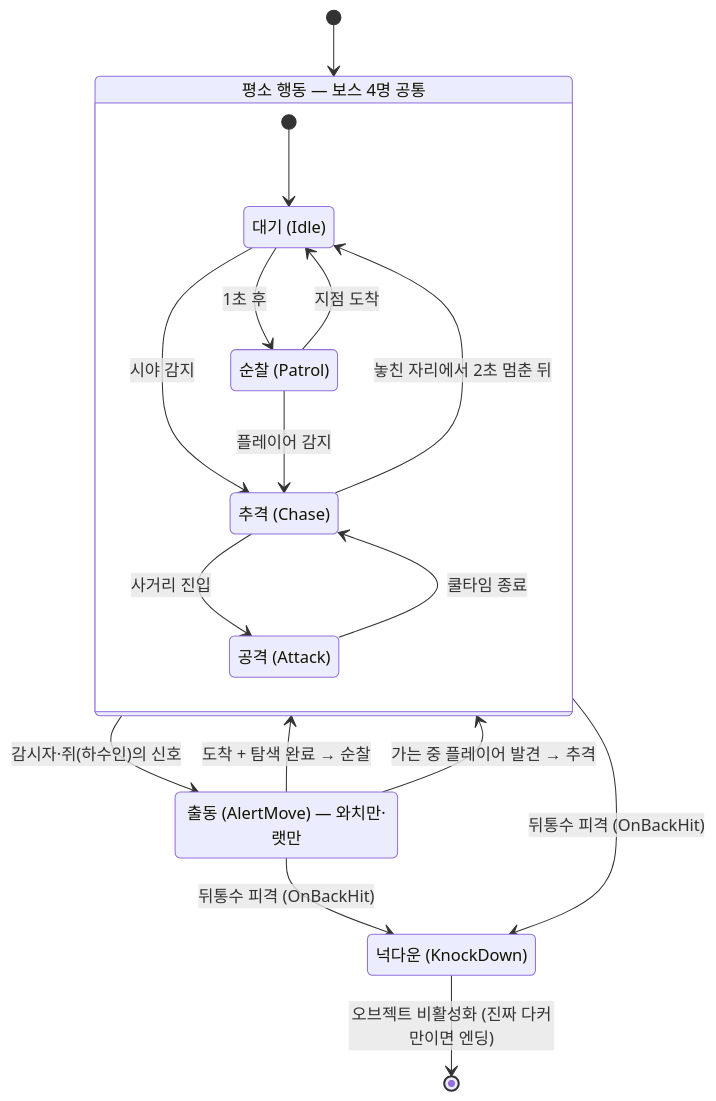
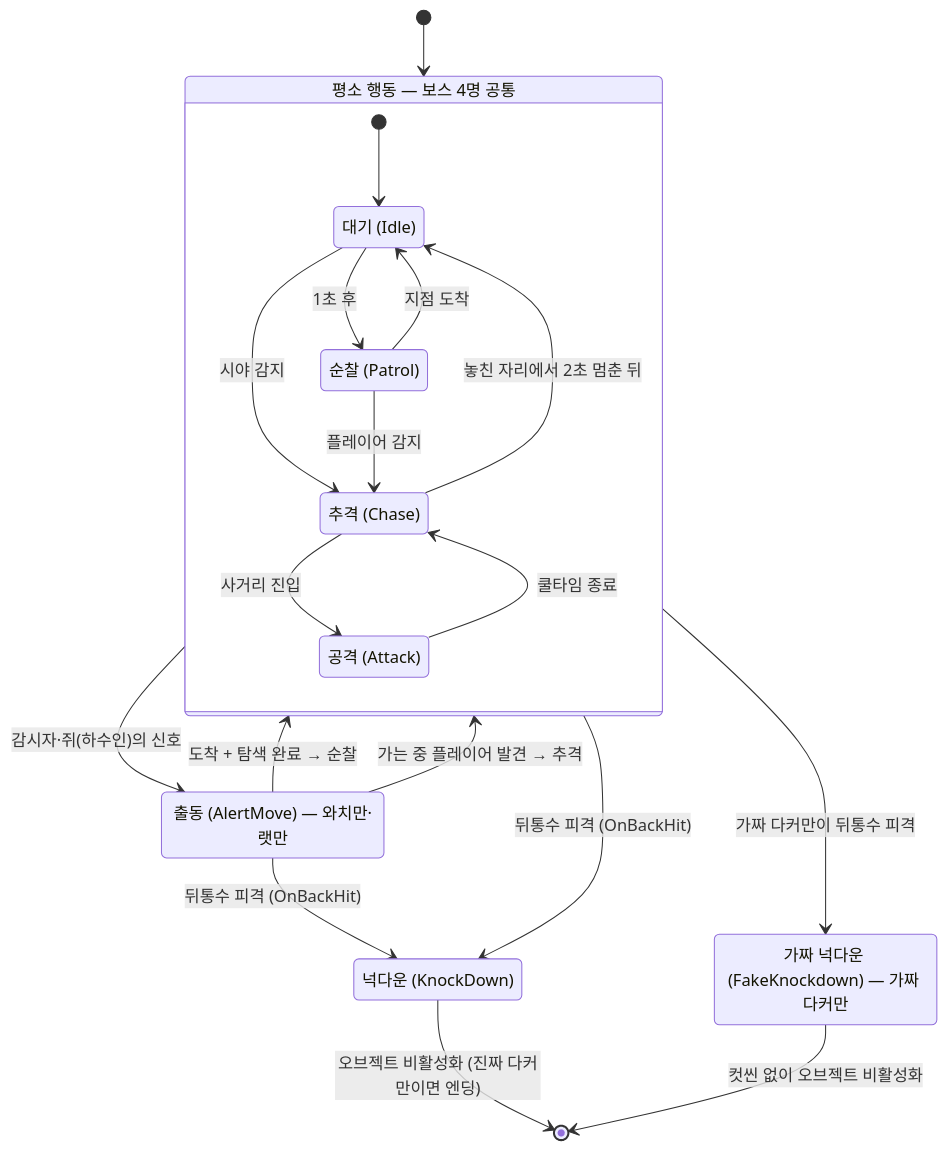
One commit to pinkshield/portfolio changed the third of 4 diagrams in src/1-watch-your-back/기술문서.md. Above: the diagram before and after it, drawn with Mermaid. The commit also changed other lines of this file and 3 other files, not shown here.

````diff
--- a/src/1-watch-your-back/기술문서.md
+++ b/src/1-watch-your-back/기술문서.md
@@ -341,27 +348,30 @@
 ```mermaid
 stateDiagram-v2
     direction TB
     state "평소 행동 — 보스 4명 공통" as Normal {
         state "대기 (Idle)" as Idle
         state "순찰 (Patrol)" as Patrol
         state "추격 (Chase)" as Chase
         state "공격 (Attack)" as Attack
         [*] --> Idle
         Idle --> Patrol : 1초 후
         Idle --> Chase : 시야 감지
         Patrol --> Idle : 지점 도착
         Patrol --> Chase : 플레이어 감지
         Chase --> Attack : 사거리 진입
         Attack --> Chase : 쿨타임 종료
         Chase --> Idle : 놓친 자리에서 2초 멈춘 뒤
     }
     state "출동 (AlertMove) — 와치만·랫만" as AlertMove
     state "넉다운 (KnockDown)" as KnockDown
+    state "가짜 넉다운 (FakeKnockdown) — 가짜 다커만" as Fake
     [*] --> Normal
     Normal --> AlertMove : 감시자·쥐(하수인)의 신호
     AlertMove --> Normal : 도착 + 탐색 완료 → 순찰
     AlertMove --> Normal : 가는 중 플레이어 발견 → 추격
     Normal --> KnockDown : 뒤통수 피격 (OnBackHit)
     AlertMove --> KnockDown : 뒤통수 피격 (OnBackHit)
     KnockDown --> [*] : 오브젝트 비활성화 (진짜 다커만이면 엔딩)
+    Normal --> Fake : 가짜 다커만이 뒤통수 피격
+    Fake --> [*] : 컷씬 없이 오브젝트 비활성화
 ```
````
